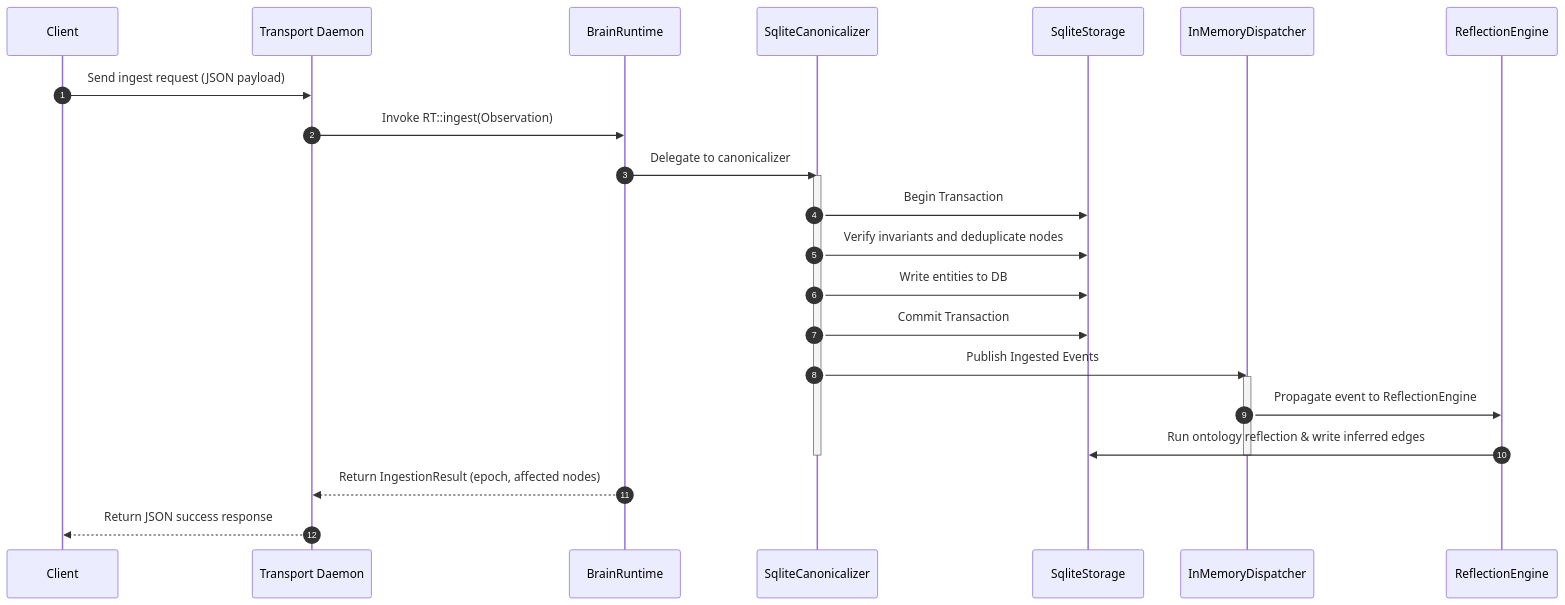
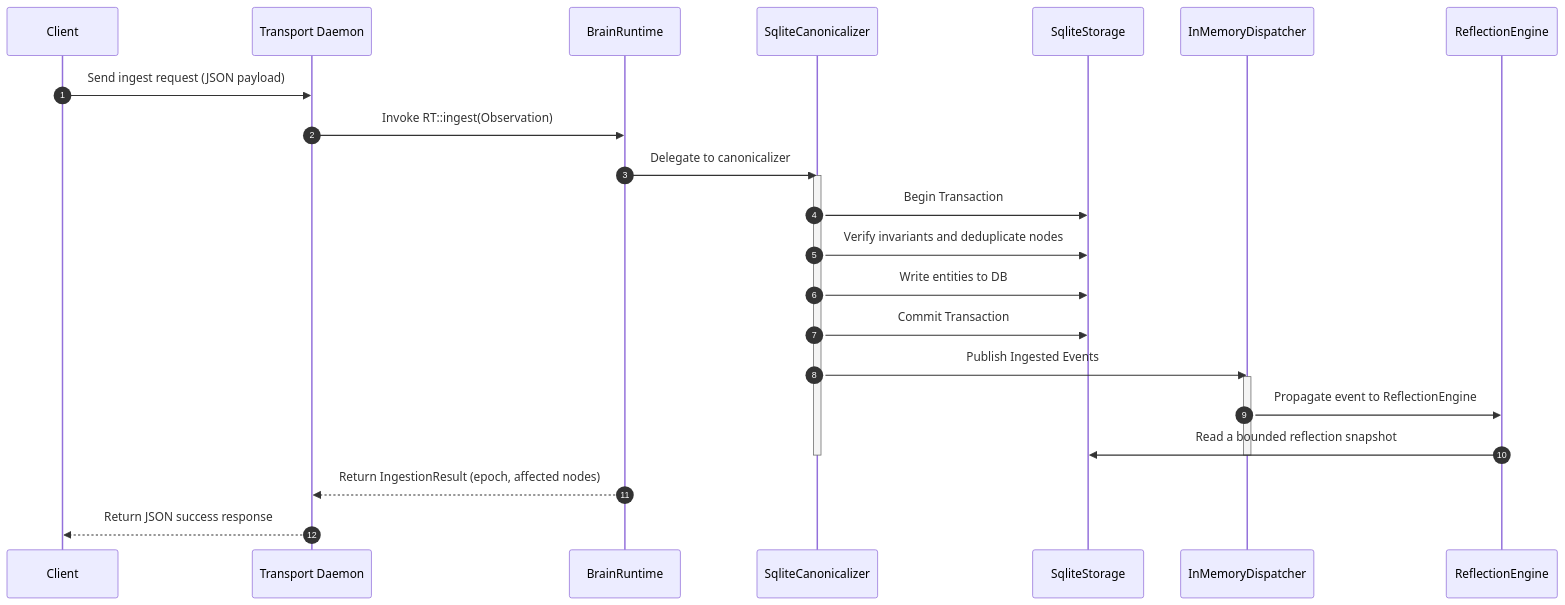
One commit to ritikpathania/brain changed the first of 3 diagrams in docs/architecture/overview.md. Above: the diagram before and after it, drawn with Mermaid. The commit also changed other lines of this file and 230 other files, not shown here.

````diff
--- a/docs/architecture/overview.md
+++ b/docs/architecture/overview.md
@@ -75,28 +79,28 @@
 ```mermaid
 sequenceDiagram
     autonumber
     participant Client
     participant Daemon as Transport Daemon
     participant RT as BrainRuntime
     participant Canonicalizer as SqliteCanonicalizer
     participant Storage as SqliteStorage
     participant Dispatcher as InMemoryDispatcher
     participant Reflection as ReflectionEngine
 
     Client->>Daemon: Send ingest request (JSON payload)
     Daemon->>RT: Invoke RT::ingest(Observation)
     RT->>Canonicalizer: Delegate to canonicalizer
     activate Canonicalizer
     Canonicalizer->>Storage: Begin Transaction
     Canonicalizer->>Storage: Verify invariants and deduplicate nodes
     Canonicalizer->>Storage: Write entities to DB
     Canonicalizer->>Storage: Commit Transaction
     Canonicalizer->>Dispatcher: Publish Ingested Events
     activate Dispatcher
     Dispatcher->>Reflection: Propagate event to ReflectionEngine
-    Reflection->>Storage: Run ontology reflection & write inferred edges
+    Reflection->>Storage: Read a bounded reflection snapshot
     deactivate Dispatcher
     deactivate Canonicalizer
     RT-->>Daemon: Return IngestionResult (epoch, affected nodes)
     Daemon-->>Client: Return JSON success response
 ```
````
